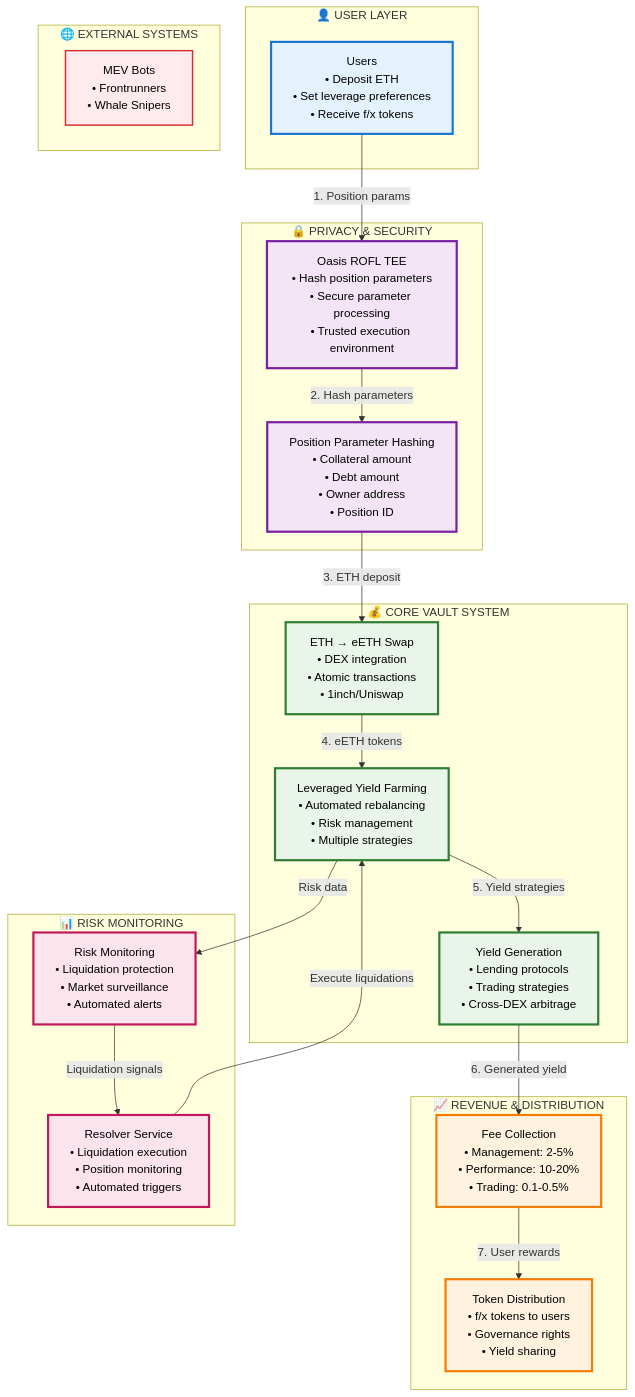
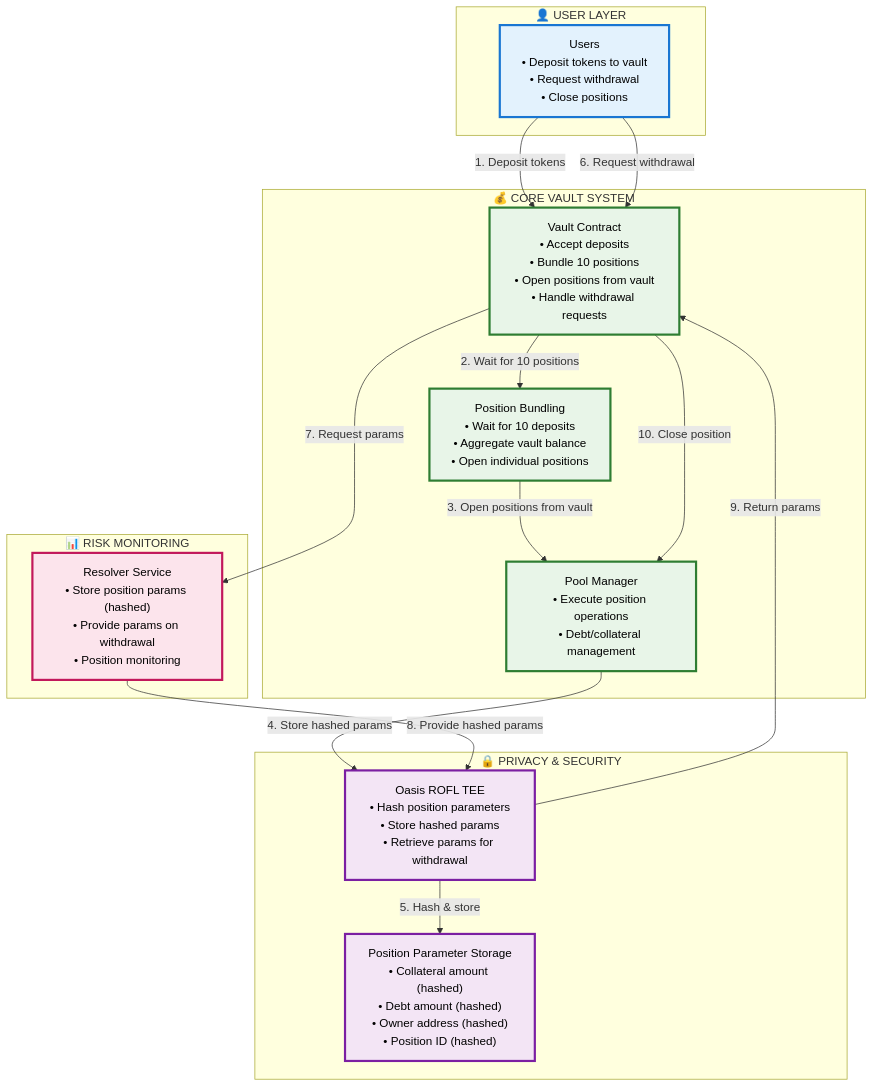
The first of 5 diagrams in notes/shadow-splitter-v2.md (arseneeth/shayd), drawn with Mermaid before and after one commit. The commit also changed other lines of this file and 22 other files, not shown here.

````diff
--- a/notes/shadow-splitter-v2.md
+++ b/notes/shadow-splitter-v2.md
@@ -5,60 +5,46 @@
 ```mermaid
 graph TB
     subgraph USER["👤 USER LAYER"]
-        A["Users<br/>• Deposit ETH<br/>• Set leverage preferences<br/>• Receive f/x tokens"]
+        A["Users<br/>• Deposit tokens to vault<br/>• Request withdrawal<br/>• Close positions"]
     end
     
     subgraph PRIVACY["🔒 PRIVACY & SECURITY"]
-        B["Oasis ROFL TEE<br/>• Hash position parameters<br/>• Secure parameter processing<br/>• Trusted execution environment"]
-        C["Position Parameter Hashing<br/>• Collateral amount<br/>• Debt amount<br/>• Owner address<br/>• Position ID"]
+        B["Oasis ROFL TEE<br/>• Hash position parameters<br/>• Store hashed params<br/>• Retrieve params for withdrawal"]
+        C["Position Parameter Storage<br/>• Collateral amount (hashed)<br/>• Debt amount (hashed)<br/>• Owner address (hashed)<br/>• Position ID (hashed)"]
     end
     
     subgraph CORE["💰 CORE VAULT SYSTEM"]
-        D["ETH → eETH Swap<br/>• DEX integration<br/>• Atomic transactions<br/>• 1inch/Uniswap"]
-        E["Leveraged Yield Farming<br/>• Automated rebalancing<br/>• Risk management<br/>• Multiple strategies"]
-        F["Yield Generation<br/>• Lending protocols<br/>• Trading strategies<br/>• Cross-DEX arbitrage"]
-    end
-    
-    subgraph REVENUE["📈 REVENUE & DISTRIBUTION"]
-        G["Fee Collection<br/>• Management: 2-5%<br/>• Performance: 10-20%<br/>• Trading: 0.1-0.5%"]
-        H["Token Distribution<br/>• f/x tokens to users<br/>• Governance rights<br/>• Yield sharing"]
+        D["Vault Contract<br/>• Accept deposits<br/>• Bundle 10 positions<br/>• Open positions from vault<br/>• Handle withdrawal requests"]
+        E["Position Bundling<br/>• Wait for 10 deposits<br/>• Aggregate vault balance<br/>• Open individual positions"]
+        F["Pool Manager<br/>• Execute position operations<br/>• Debt/collateral management"]
     end
     
     subgraph MONITORING["📊 RISK MONITORING"]
-        I["Risk Monitoring<br/>• Liquidation protection<br/>• Market surveillance<br/>• Automated alerts"]
-        R["Resolver Service<br/>• Liquidation execution<br/>• Position monitoring<br/>• Automated triggers"]
+        R["Resolver Service<br/>• Store position params (hashed)<br/>• Provide params on withdrawal<br/>• Position monitoring"]
     end
     
-    subgraph EXTERNAL["🌐 EXTERNAL SYSTEMS"]
-        K["MEV Bots<br/>• Frontrunners<br/>• Whale Snipers"]
-    end
+    %% Main flow - Deposit
+    A -->|"1. Deposit tokens"| D
+    D -->|"2. Wait for 10 positions"| E
+    E -->|"3. Open positions from vault"| F
+    F -->|"4. Store hashed params"| B
+    B -->|"5. Hash & store"| C
     
-    %% Main flow
-    A -->|"1. Position params"| B
-    B -->|"2. Hash parameters"| C
-    C -->|"3. ETH deposit"| D
-    D -->|"4. eETH tokens"| E
-    E -->|"5. Yield strategies"| F
-    F -->|"6. Generated yield"| G
-    G -->|"7. User rewards"| H
-    
-    %% Risk management loop
-    E -->|"Risk data"| I
-    I -->|"Liquidation signals"| R
-    R -->|"Execute liquidations"| E
+    %% Withdrawal flow
+    A -->|"6. Request withdrawal"| D
+    D -->|"7. Request params"| R
+    R -->|"8. Provide hashed params"| B
+    B -->|"9. Return params"| D
+    D -->|"10. Close position"| F
     
     %% Styling
     classDef userStyle fill:#e3f2fd,stroke:#1976d2,stroke-width:3px,color:#000
     classDef privacyStyle fill:#f3e5f5,stroke:#7b1fa2,stroke-width:3px,color:#000
     classDef coreStyle fill:#e8f5e8,stroke:#2e7d32,stroke-width:3px,color:#000
-    classDef revenueStyle fill:#fff3e0,stroke:#f57c00,stroke-width:3px,color:#000
     classDef monitoringStyle fill:#fce4ec,stroke:#c2185b,stroke-width:3px,color:#000
-    classDef externalStyle fill:#ffebee,stroke:#d32f2f,stroke-width:2px,color:#000
     
     class A userStyle
     class B,C privacyStyle
     class D,E,F coreStyle
-    class G,H revenueStyle
-    class I,R monitoringStyle
-    class K externalStyle
+    class R monitoringStyle
 ```
````
